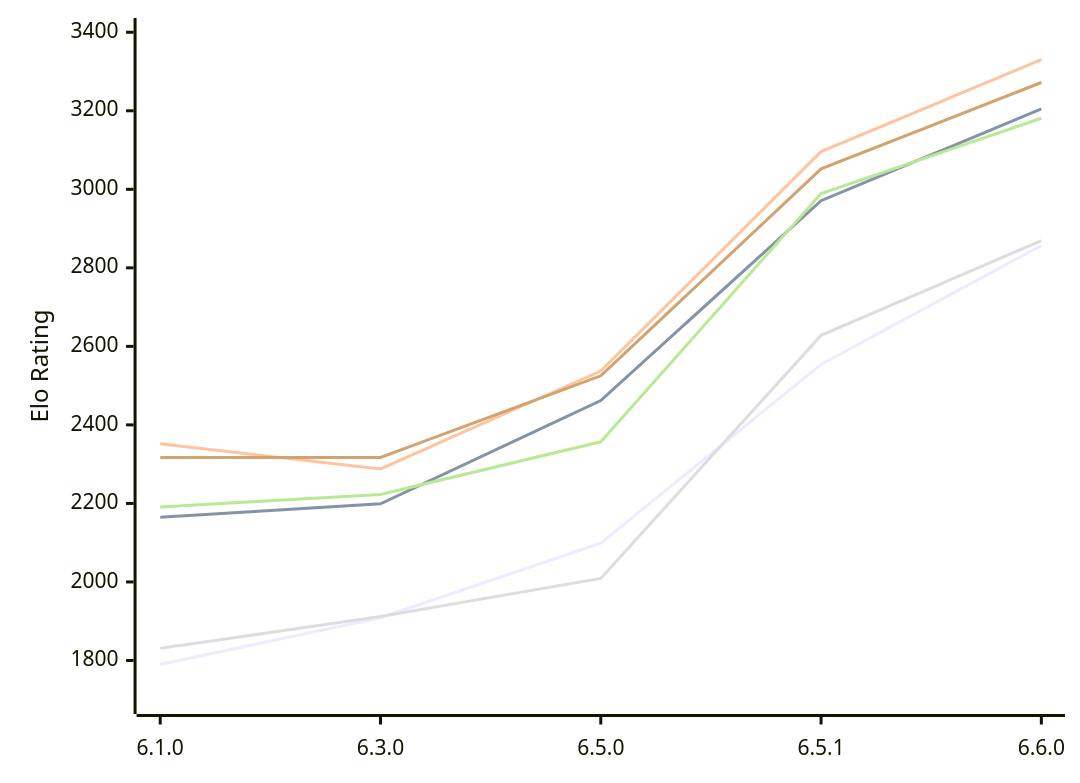
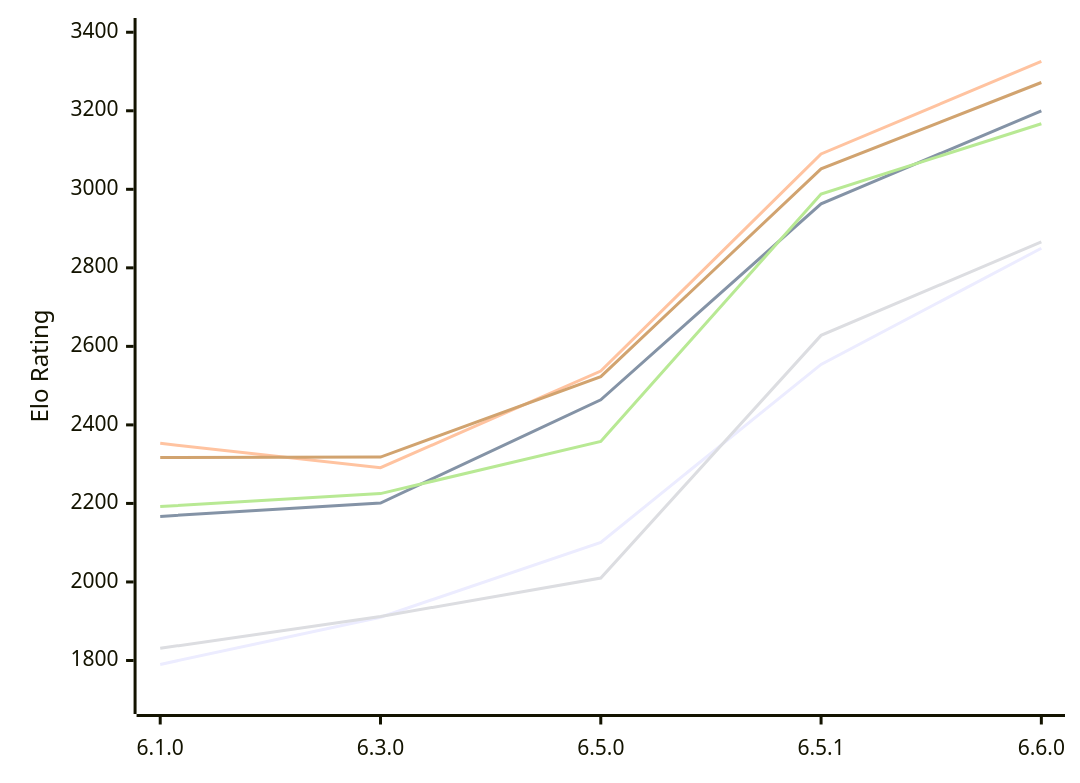
The diagram in engines/Luminex.md (computer-chess-index/cci), drawn with Mermaid before and after one commit. The commit also changed other lines of this file, not shown here.

Commit message:
Update CCI Ratings (ELO VLTC) - 2026-11-26

````diff
--- a/engines/Luminex.md
+++ b/engines/Luminex.md
@@ -55,12 +55,12 @@
 ```mermaid
 %%{init: {"theme":"base","themeVariables":{"seriesColors:['#a3a3a3','#222221','#faa371']}}}%%
 xychart-beta
   x-axis ["6.1.0", "6.3.0", "6.5.0", "6.5.1", "6.6.0"]
   y-axis "Elo Rating" 1700 --> 3400
-  line "E1: STC (8.0+0.08s)" [1790, 1909, 2099, 2554, 2857]
-  line "E1: LTC (60.0+0.60s)" [2165, 2199, 2462, 2971, 3205]
-  line "E1: VLTC (2m24s+1.12s)" [2352, 2288, 2537, 3096, 3330]
-  line "P1: STC (8.0+0.08s)" [1831, 1912, 2009, 2628, 2869]
-  line "P1: LTC (60.0+0.60s)" [2191, 2223, 2357, 2989, 3181]
-  line "P1: VLTC (2m24s+1.12s)" [2317, 2317, 2525, 3052, 3272]
+  line "E1: STC (8.0+0.08s)" [1790, 1910, 2101, 2554, 2850]
+  line "E1: LTC (60.0+0.60s)" [2167, 2201, 2464, 2963, 3200]
+  line "E1: VLTC (2m24s+1.12s)" [2353, 2291, 2537, 3090, 3326]
+  line "P1: STC (8.0+0.08s)" [1831, 1912, 2010, 2628, 2866]
+  line "P1: LTC (60.0+0.60s)" [2192, 2225, 2358, 2988, 3167]
+  line "P1: VLTC (2m24s+1.12s)" [2317, 2318, 2523, 3052, 3272]
 ```
````
